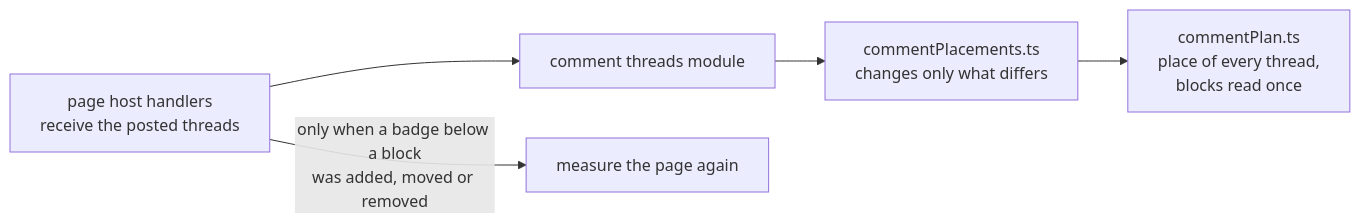
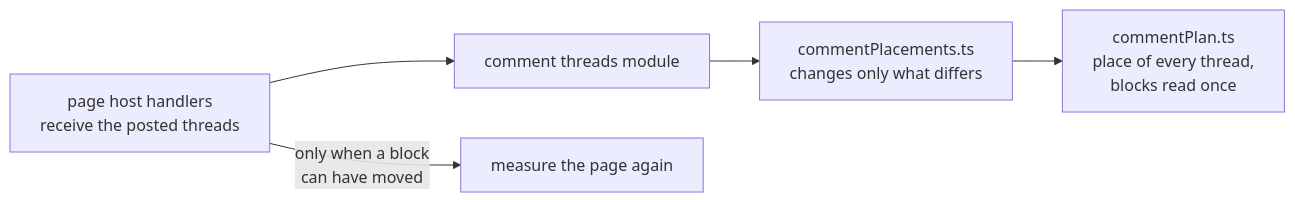
The diagram in projects/markdown-okf-schema-studio/changes/4-batch/2-actives/517-perf-547-comment-update-and-author/work/pr-body.md (gsemet/gsemet-foss-planning-surface), drawn with Mermaid before and after one commit. The commit also changed other lines of this file, not shown here.

First line of the commit message:
chantier: markdown-okf-schema-studio: 1 files

````diff
--- a/projects/markdown-okf-schema-studio/changes/4-batch/2-actives/517-perf-547-comment-update-and-author/work/pr-body.md
+++ b/projects/markdown-okf-schema-studio/changes/4-batch/2-actives/517-perf-547-comment-update-and-author/work/pr-body.md
@@ -16,7 +17,7 @@
 ```mermaid
 flowchart LR
   handlers[page host handlers<br/>receive the posted threads] --> threads[comment threads module]
   threads --> place[commentPlacements.ts<br/>changes only what differs]
   place --> plan[commentPlan.ts<br/>place of every thread,<br/>blocks read once]
-  handlers -->|only when a badge below a block<br/>was added, moved or removed| measure[measure the page again]
+  handlers -->|only when a block<br/>can have moved| measure[measure the page again]
 ```
````
